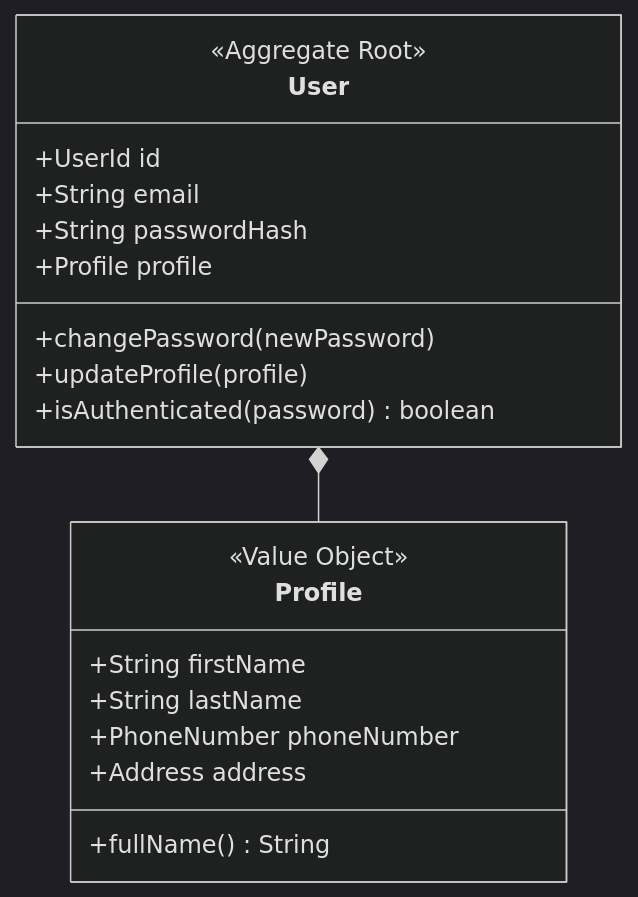
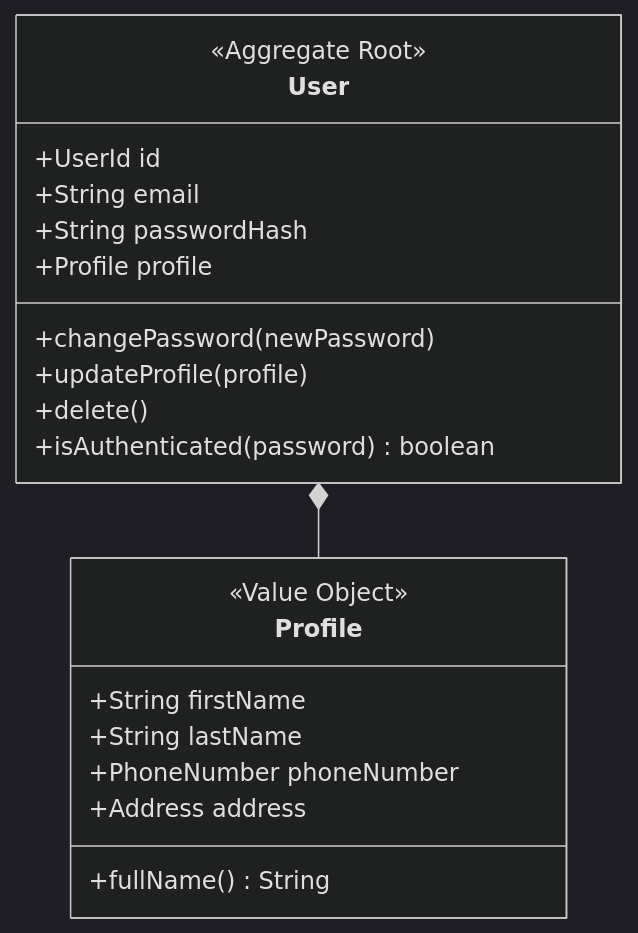
One commit to yoshiaki-n/sample-boot-app changed the fourth of 4 diagrams in doc/domain-models.md. Above: the diagram before and after it, drawn with Mermaid (dark theme). The commit also changed 2 other files, not shown here.

Commit message:
docs: APIリスト、ドメインモデル、機能ドキュメントを更新

````diff
--- a/doc/domain-models.md
+++ b/doc/domain-models.md
@@ -105,24 +105,25 @@
 ```mermaid
 classDiagram
     class User {
         <<Aggregate Root>>
         +UserId id
         +String email
         +String passwordHash
         +Profile profile
         +changePassword(newPassword)
         +updateProfile(profile)
+        +delete()
         +isAuthenticated(password) boolean
     }
 
     class Profile {
         <<Value Object>>
         +String firstName
         +String lastName
         +PhoneNumber phoneNumber
         +Address address
         +fullName() String
     }
 
     User *-- Profile
 ```
````
